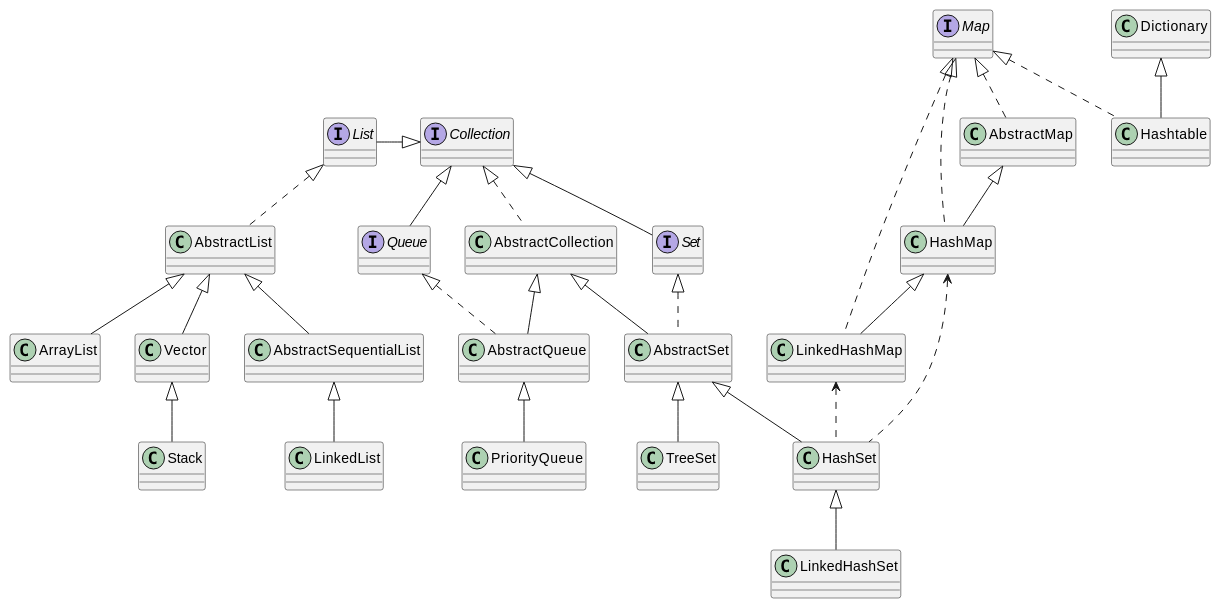
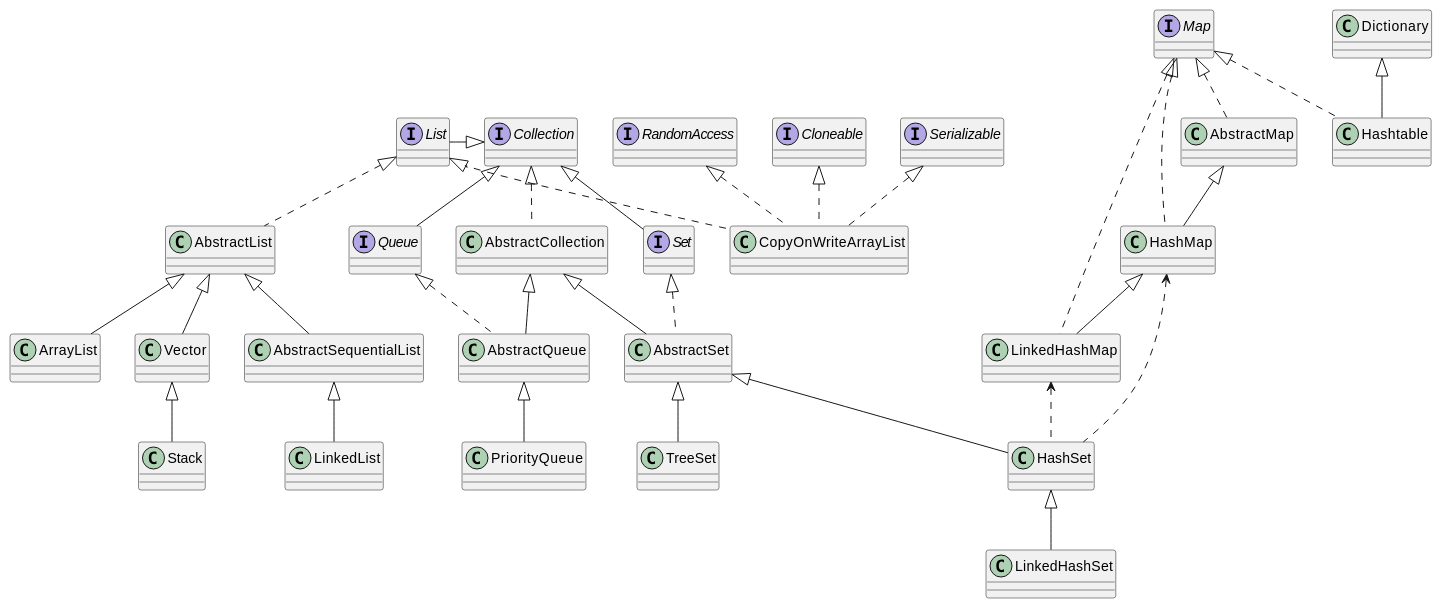
One commit to wiloon/blog changed the diagram in content/post/java/collection.md. Above: the diagram before and after it, drawn with PlantUML. The commit also changed other lines of this file and 21 other files, not shown here.

````diff
--- a/content/post/java/collection.md
+++ b/content/post/java/collection.md
@@ -14,52 +234,62 @@
 ```puml
 @startuml
 interface Collection
 interface List
 Collection<|-left- List
 class AbstractList
 List <|.. AbstractList
 class ArrayList
 AbstractList <|-- ArrayList
 class Vector
 AbstractList <|-- Vector
 class Stack
 Vector <|-- Stack
 class AbstractSequentialList
 AbstractList <|-- AbstractSequentialList
 class LinkedList
 AbstractSequentialList <|-- LinkedList
 interface Queue
 Collection<|--Queue
 class AbstractCollection
 Collection<|.. AbstractCollection
 class AbstractQueue
 AbstractCollection<|--AbstractQueue
 class PriorityQueue
 AbstractQueue<|--PriorityQueue
 Queue<|.. AbstractQueue
 interface Set
 Collection<|--Set
 class AbstractSet
 AbstractCollection<|--AbstractSet
 Set<|..AbstractSet
 class HashSet
 AbstractSet<|-- HashSet
 AbstractSet<|-- TreeSet
 HashSet<|-- LinkedHashSet
 class LinkedHashMap
 LinkedHashMap <.. HashSet
 class HashMap
 HashMap <.. HashSet
 interface Map
 class AbstractMap
 Map <|.. AbstractMap
 AbstractMap<|-- HashMap
 Map <|.. HashMap
 HashMap<|-- LinkedHashMap
 Map <|.. LinkedHashMap
 class Hashtable
 Map <|.. Hashtable
 class Dictionary
 Dictionary <|-- Hashtable
+
+interface RandomAccess
+interface Cloneable
+interface Serializable
+
+class CopyOnWriteArrayList
+List<|.. CopyOnWriteArrayList
+RandomAccess<|.. CopyOnWriteArrayList
+Cloneable<|.. CopyOnWriteArrayList
+Serializable<|.. CopyOnWriteArrayList
 @enduml
 ```
````
